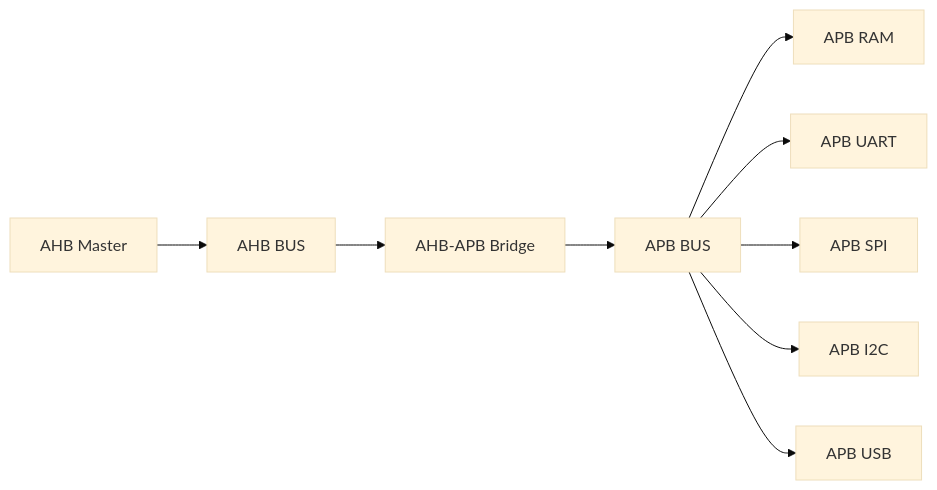
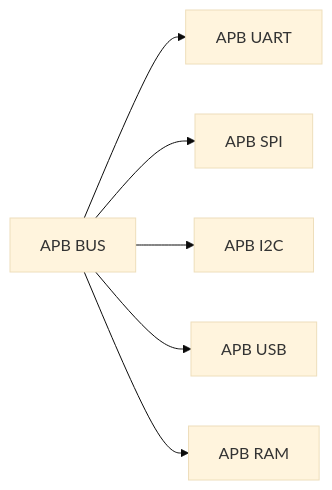
Before and after one commit to rajesh042005/APB-Peripheral-Wrappers---Verilog-RTL-Design: the first of 4 diagrams in README.md, drawn with Mermaid (base theme). The commit also changed other lines of this file, not shown here.

````diff
--- a/README.md
+++ b/README.md
@@ -26,12 +26,8 @@
 ```mermaid
 flowchart LR
-    CPU[AHB Master] --> AHB[AHB BUS]
-    AHB --> BRIDGE[AHB-APB Bridge]
-    BRIDGE --> APB[APB BUS]
-
-    APB --> RAM[APB RAM]
-    APB --> UART[APB UART]
+    APB[APB BUS] --> UART[APB UART]
     APB --> SPI[APB SPI]
     APB --> I2C[APB I2C]
     APB --> USB[APB USB]
+    APB --> RAM[APB RAM]
 ```
````
